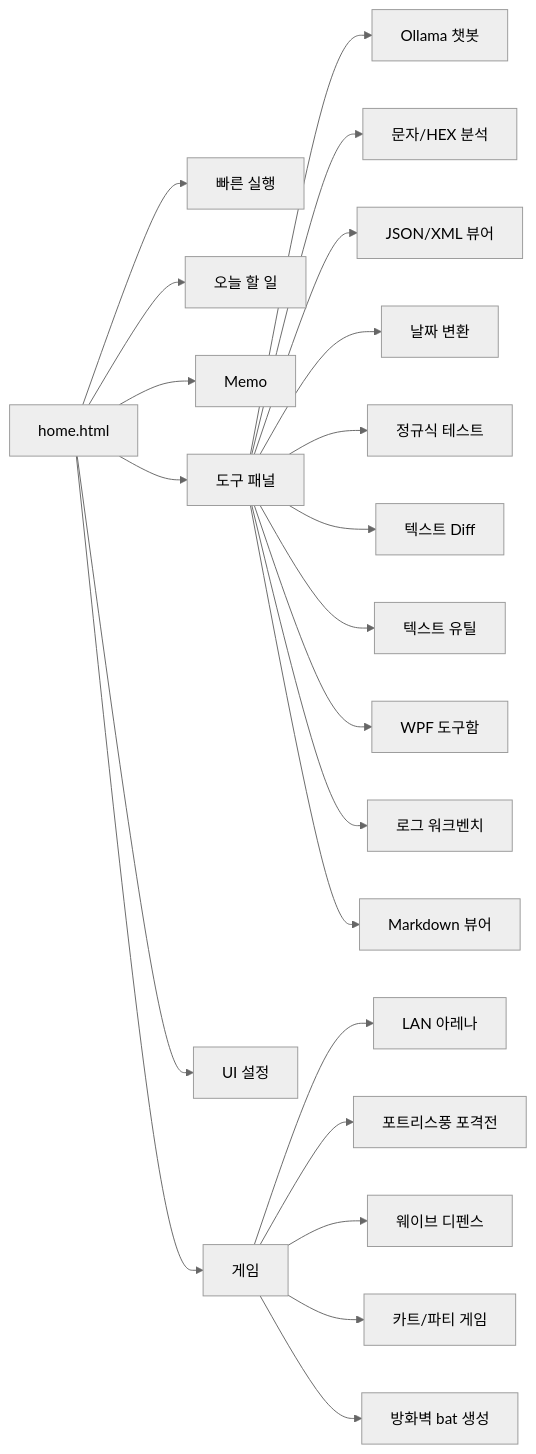
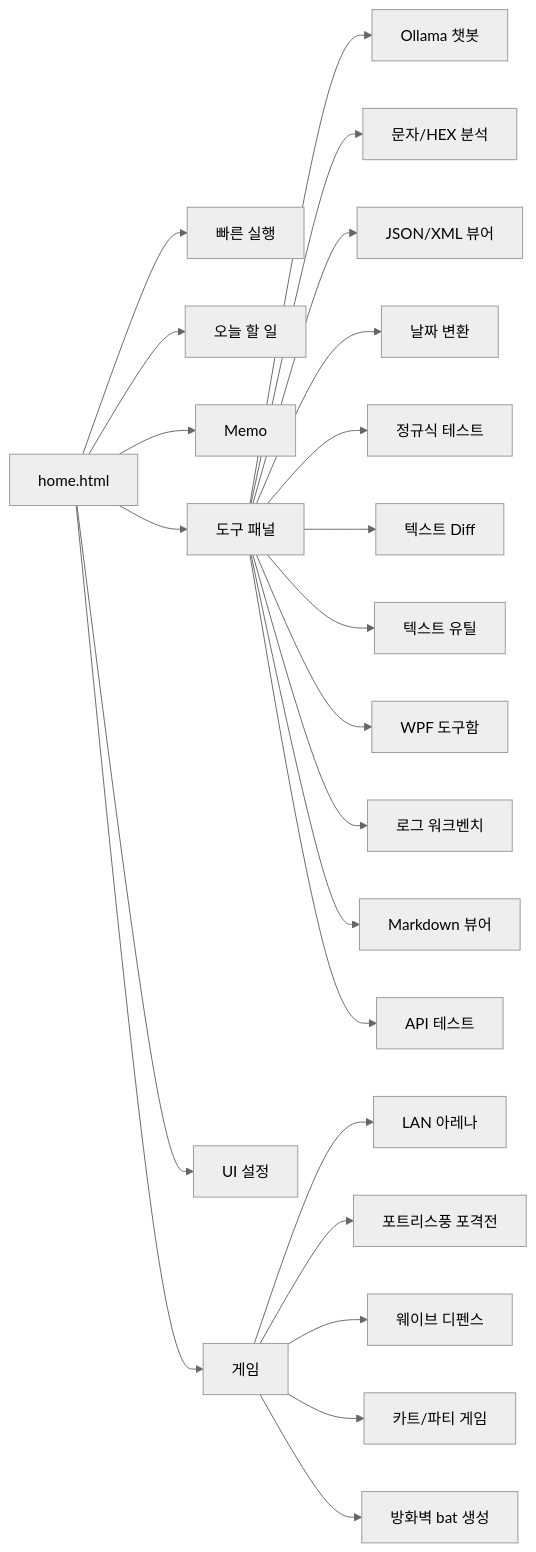
One commit to kjsu1994/Good_ETC changed the diagram in README.md. Above: the diagram before and after it, drawn with Mermaid (neutral theme). The commit also changed other lines of this file and 4 other files, not shown here.

````diff
--- a/README.md
+++ b/README.md
@@ -14,25 +14,26 @@
 ```mermaid
 flowchart LR
     A[home.html] --> B[빠른 실행]
     A --> C[오늘 할 일]
     A --> D[Memo]
     A --> E[도구 패널]
     A --> F[UI 설정]
     A --> G[게임]
 
     E --> E1[Ollama 챗봇]
     E --> E2[문자/HEX 분석]
     E --> E3[JSON/XML 뷰어]
     E --> E4[날짜 변환]
     E --> E5[정규식 테스트]
     E --> E6[텍스트 Diff]
     E --> E7[텍스트 유틸]
     E --> E8[WPF 도구함]
     E --> E9[로그 워크벤치]
     E --> E10[Markdown 뷰어]
+    E --> E11[API 테스트]
     G --> G1[LAN 아레나]
     G --> G2[포트리스풍 포격전]
     G --> G3[웨이브 디펜스]
     G --> G4[카트/파티 게임]
     G --> G5[방화벽 bat 생성]
 ```
````
